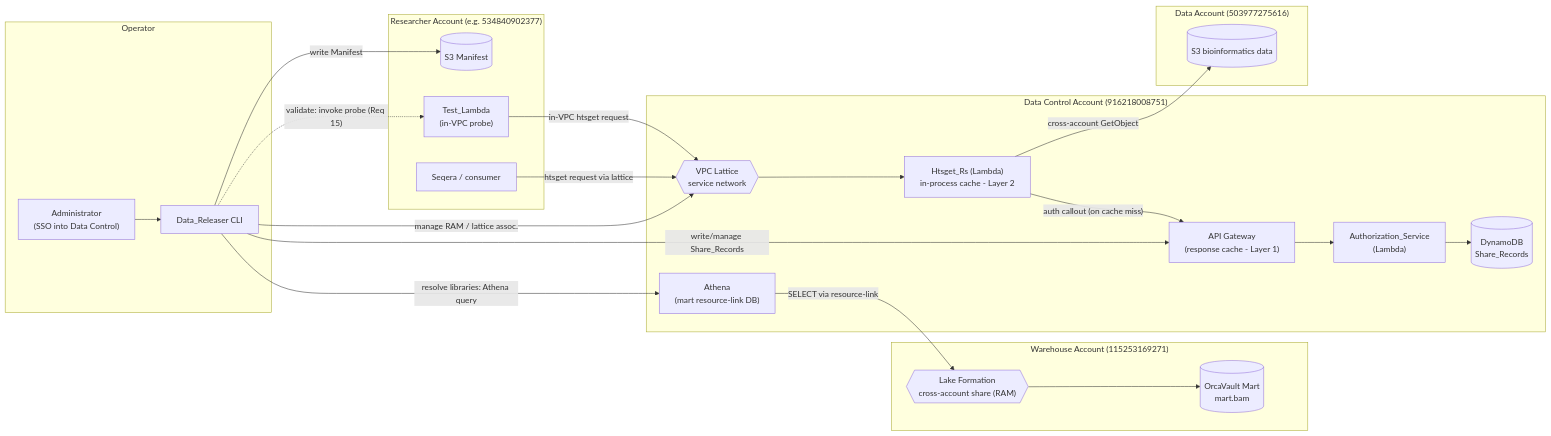
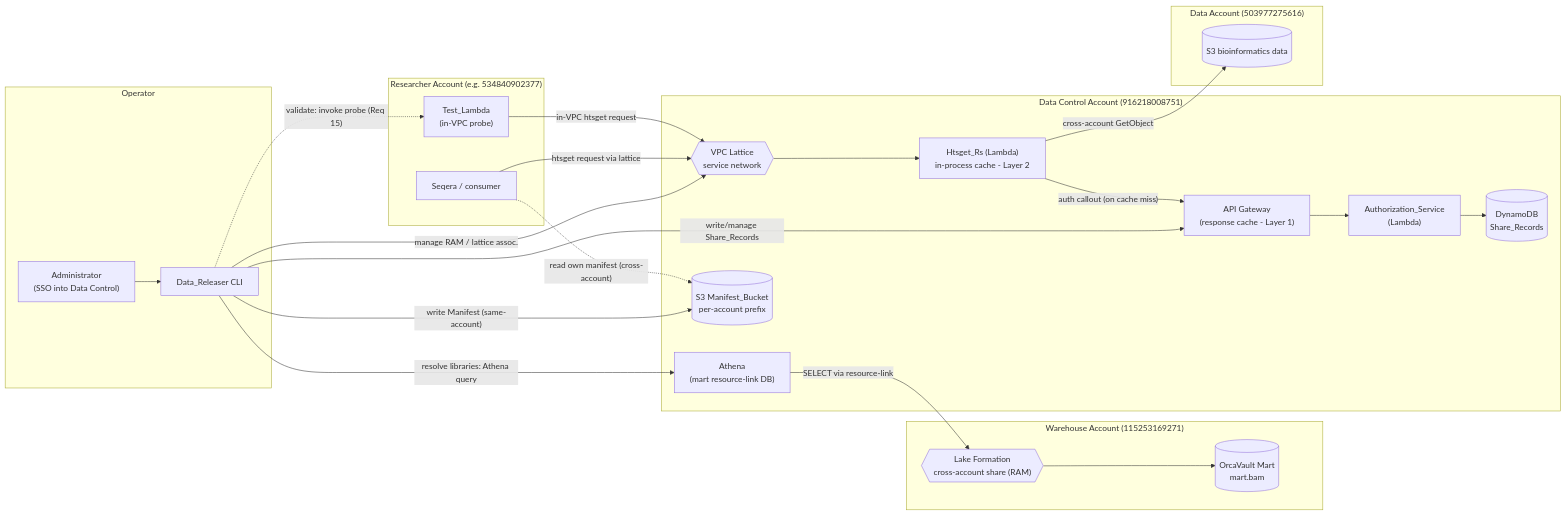
The first of 3 diagrams in .kiro/specs/data-releaser/design.md (umccr/data-releaser), drawn with Mermaid before and after one commit. The commit also changed other lines of this file and 49 other files, not shown here.

````diff
--- a/.kiro/specs/data-releaser/design.md
+++ b/.kiro/specs/data-releaser/design.md
@@ -49,55 +56,56 @@
 ```mermaid
 flowchart LR
     subgraph OPS["Operator"]
         ADMIN["Administrator<br/>(SSO into Data Control)"]
         CLI["Data_Releaser CLI"]
     end
 
     subgraph WH["Warehouse Account (115253169271)"]
         OV[("OrcaVault Mart<br/>mart.bam")]
         LF{{"Lake Formation<br/>cross-account share (RAM)"}}
     end
 
     subgraph DC["Data Control Account (916218008751)"]
         ATHENA["Athena<br/>(mart resource-link DB)"]
         APIGW["API Gateway<br/>(response cache - Layer 1)"]
         AUTH["Authorization_Service<br/>(Lambda)"]
         DDB[("DynamoDB<br/>Share_Records")]
         HTS["Htsget_Rs (Lambda)<br/>in-process cache - Layer 2"]
         LATTICE{{"VPC Lattice<br/>service network"}}
+        S3MAN[("S3 Manifest_Bucket<br/>per-account prefix")]
     end
 
     subgraph DATA["Data Account (503977275616)"]
         S3DATA[("S3 bioinformatics data")]
     end
 
     subgraph RES["Researcher Account (e.g. 534840902377)"]
-        S3MAN[("S3 Manifest")]
         TESTL["Test_Lambda<br/>(in-VPC probe)"]
         SEQERA["Seqera / consumer"]
     end
 
     ADMIN --> CLI
 
     %% CLI credential-scoped flows (per-need role assumption)
     CLI -->|"resolve libraries: Athena query"| ATHENA
     CLI -->|"write/manage Share_Records"| APIGW
     CLI -->|"manage RAM / lattice assoc."| LATTICE
-    CLI -->|"write Manifest"| S3MAN
+    CLI -->|"write Manifest (same-account)"| S3MAN
+    SEQERA -.->|"read own manifest (cross-account)"| S3MAN
     CLI -.->|"validate: invoke probe (Req 15)"| TESTL
 
     %% Warehouse resolution path (Lake Formation share)
     ATHENA -->|"SELECT via resource-link"| LF
     LF --> OV
 
     %% Authorization data path
     APIGW --> AUTH
     AUTH --> DDB
 
     %% htsget request path
     SEQERA -->|"htsget request via lattice"| LATTICE
     LATTICE --> HTS
     HTS -->|"auth callout (on cache miss)"| APIGW
     HTS -->|"cross-account GetObject"| S3DATA
     TESTL -->|"in-VPC htsget request"| LATTICE
 ```
````
